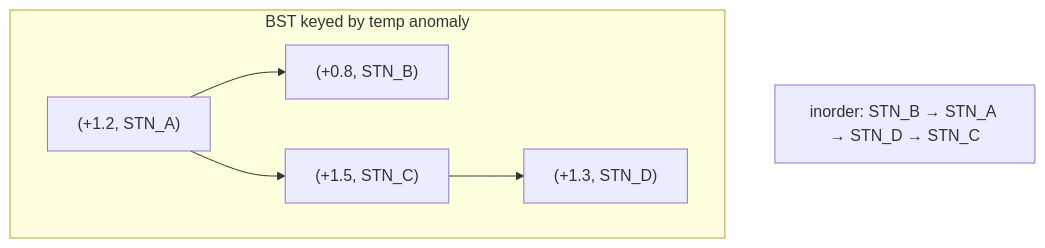
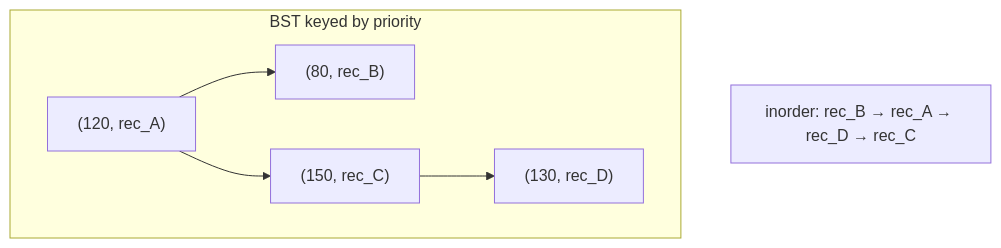
One commit to qgjones9/python-programming-guide changed the first of 7 diagrams in docs/dsa/data-structures/binary-search-tree/index.md. Above: the diagram before and after it, drawn with Mermaid. The commit also changed other lines of this file and 31 other files, not shown here.

````diff
--- a/docs/dsa/data-structures/binary-search-tree/index.md
+++ b/docs/dsa/data-structures/binary-search-tree/index.md
@@ -33,13 +34,13 @@
 ```mermaid
 flowchart TB
-  subgraph bst["BST keyed by temp anomaly"]
-    R["(+1.2, STN_A)"]
-    L["(+0.8, STN_B)"]
-    RR["(+1.5, STN_C)"]
-    RL["(+1.3, STN_D)"]
-    R --> L
-    R --> RR
-    RR --> RL
-  end
-  note["inorder: STN_B → STN_A → STN_D → STN_C"]
+ subgraph bst["BST keyed by priority"]
+ R["(120, rec_A)"]
+ L["(80, rec_B)"]
+ RR["(150, rec_C)"]
+ RL["(130, rec_D)"]
+ R --> L
+ R --> RR
+ RR --> RL
+ end
+ note["inorder: rec_B → rec_A → rec_D → rec_C"]
 ```
````
